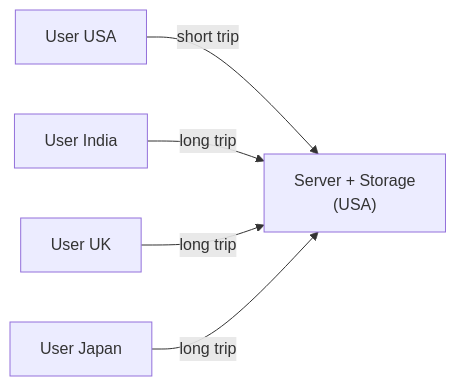
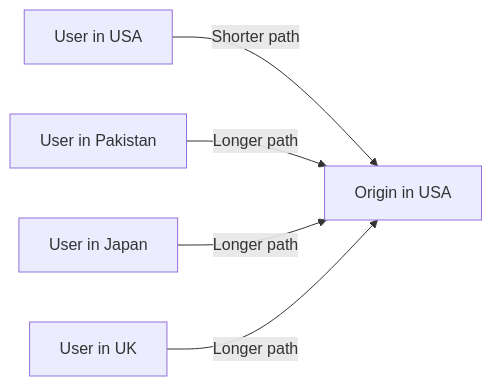
Before and after one commit to HARRISAMIN432/system-design-hld: the third of 12 diagrams in 10_CDN/README.md, drawn with Mermaid. The commit also changed other lines of this file and 11 other files, not shown here.

````diff
--- a/10_CDN/README.md
+++ b/10_CDN/README.md
@@ -69,7 +143,7 @@
 ```mermaid
 flowchart LR
-    USA["User USA"] -->|"short trip"| SRV["Server + Storage<br/>(USA)"]
-    IND["User India"] -->|"long trip"| SRV
-    UK["User UK"] -->|"long trip"| SRV
-    JP["User Japan"] -->|"long trip"| SRV
+    US["User in USA"] -->|"Shorter path"| ORIGIN["Origin in USA"]
+    PK["User in Pakistan"] -->|"Longer path"| ORIGIN
+    JP["User in Japan"] -->|"Longer path"| ORIGIN
+    UK["User in UK"] -->|"Longer path"| ORIGIN
 ```
````
